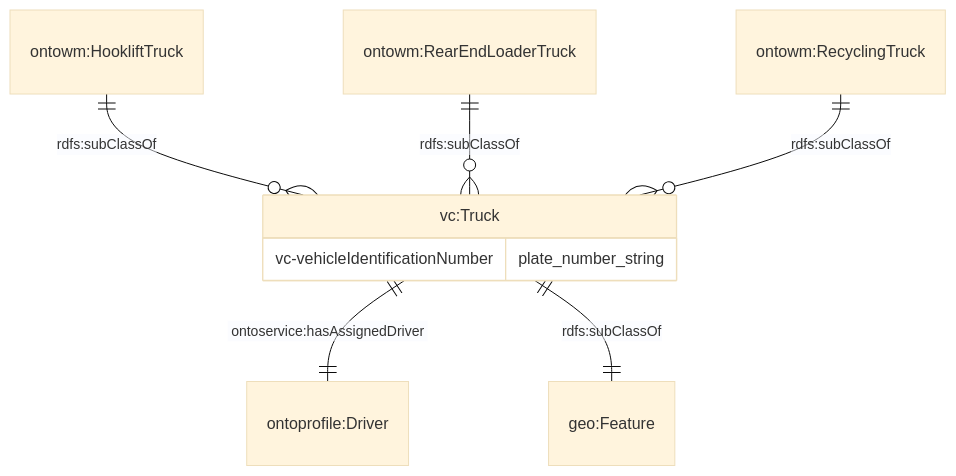
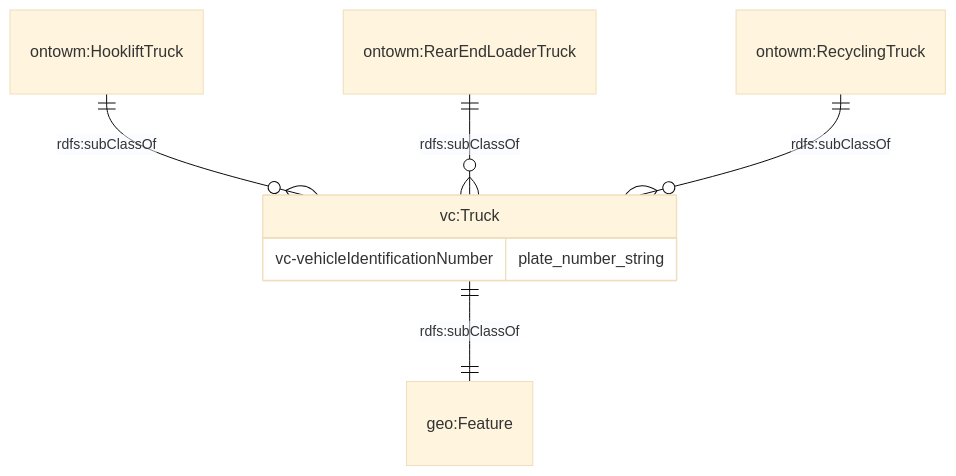
Before and after one commit to cambridge-cares/TheWorldAvatar: the ninth of 11 diagrams in JPS_Ontology/ontology/ontowastemanagement/README.md, drawn with Mermaid (base theme). The commit also changed other lines of this file and 6 other files, not shown here.

````diff
--- a/JPS_Ontology/ontology/ontowastemanagement/README.md
+++ b/JPS_Ontology/ontology/ontowastemanagement/README.md
@@ -409,12 +410,11 @@
 ```mermaid
     erDiagram
-    "vc:Truck" ||--|| "ontoprofile:Driver" : "ontoservice:hasAssignedDriver"
     "vc:Truck" ||--|| "geo:Feature" : "rdfs:subClassOf"
     "vc:Truck" {
         vc-vehicleIdentificationNumber plate_number_string
     }
 
     "ontowm:HookliftTruck" ||--o{ "vc:Truck" : "rdfs:subClassOf"
     "ontowm:RearEndLoaderTruck" ||--o{ "vc:Truck" : "rdfs:subClassOf"
     "ontowm:RecyclingTruck" ||--o{ "vc:Truck" : "rdfs:subClassOf"
 ```
````
